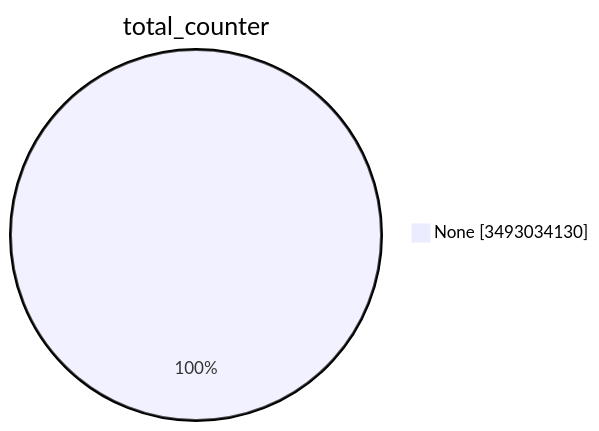
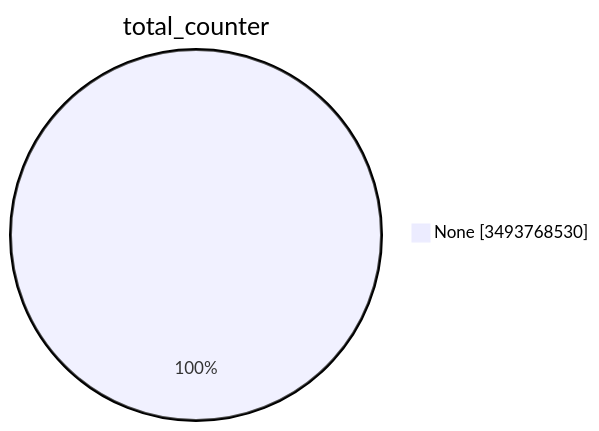
One commit to christiankrug/ctmonitor_visualization changed the first of 15 diagrams in TOTAL/README.md. Above: the diagram before and after it, drawn with Mermaid. The commit also changed other lines of this file, not shown here.

````diff
--- a/TOTAL/README.md
+++ b/TOTAL/README.md
@@ -1,5 +1,5 @@
 ```mermaid
 pie showData
 title total_counter
-"None" :3493034130
+"None" :3493768530
 ```
````
